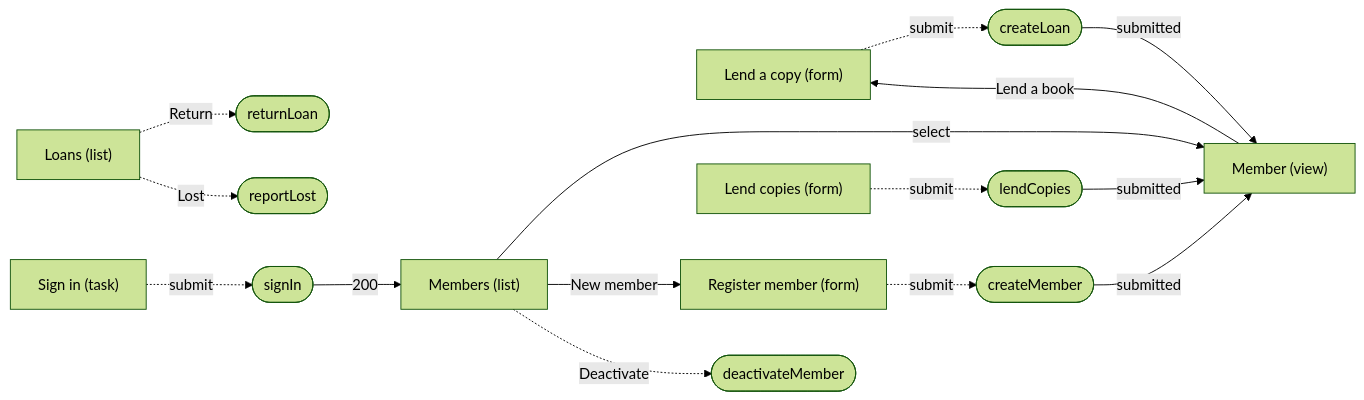
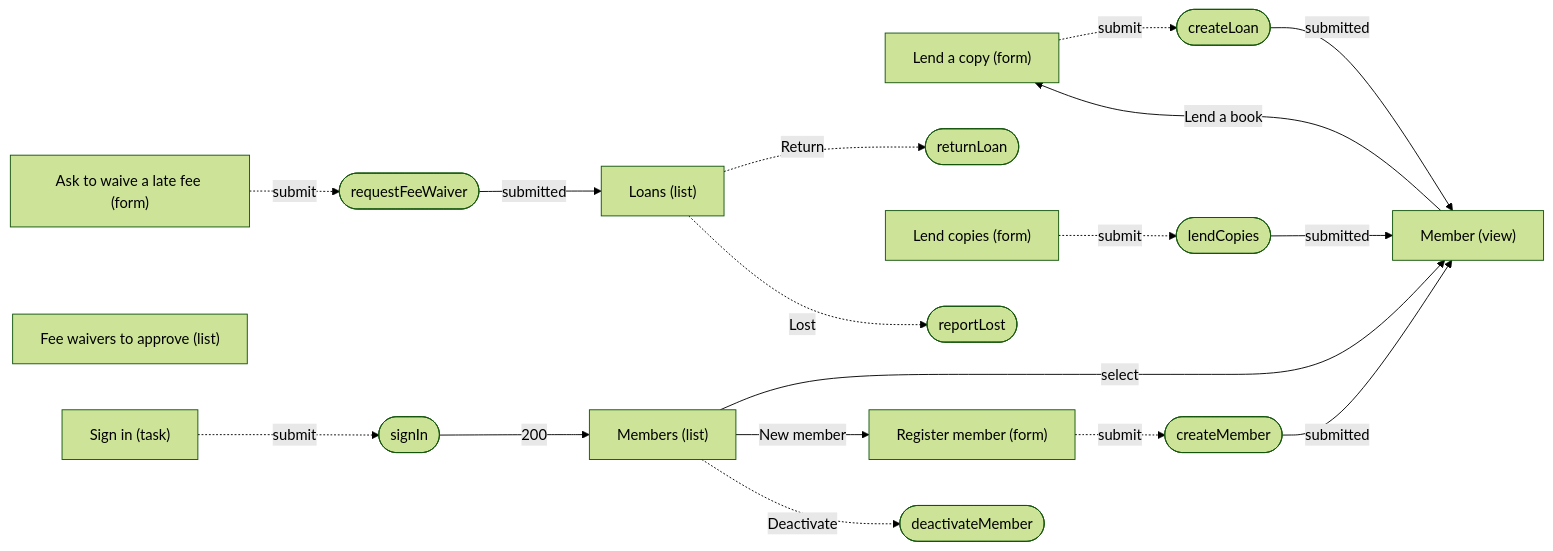
Before and after one commit to SpecArch/specarch: diagram 18 of 19 in examples/library-lending/docs/techspec.md, drawn with Mermaid (forest theme). The commit also changed other lines of this file and 46 other files, not shown here.

````diff
--- a/examples/library-lending/docs/techspec.md
+++ b/examples/library-lending/docs/techspec.md
@@ -782,31 +796,36 @@
 ```mermaid
 flowchart LR
+  fee_waiver_form["Ask to waive a late fee (form)"]
+  fee_waivers_inbox["Fee waivers to approve (list)"]
   loan_form["Lend a copy (form)"]
   loans_list["Loans (list)"]
   member_form["Register member (form)"]
   member_loans["Lend copies (form)"]
   member_view["Member (view)"]
   members_list["Members (list)"]
   sign_in["Sign in (task)"]
+  op_requestFeeWaiver(["requestFeeWaiver"])
+  fee_waiver_form -.->|"submit"| op_requestFeeWaiver
+  op_requestFeeWaiver -->|"submitted"| loans_list
   op_createLoan(["createLoan"])
   loan_form -.->|"submit"| op_createLoan
   op_createLoan -->|"submitted"| member_view
   op_returnLoan(["returnLoan"])
   loans_list -.->|"Return"| op_returnLoan
   op_reportLost(["reportLost"])
   loans_list -.->|"Lost"| op_reportLost
   op_createMember(["createMember"])
   member_form -.->|"submit"| op_createMember
   op_createMember -->|"submitted"| member_view
   op_lendCopies(["lendCopies"])
   member_loans -.->|"submit"| op_lendCopies
   op_lendCopies -->|"submitted"| member_view
   member_view -->|"Lend a book"| loan_form
   members_list -->|"select"| member_view
   members_list -->|"New member"| member_form
   op_deactivateMember(["deactivateMember"])
   members_list -.->|"Deactivate"| op_deactivateMember
   op_signIn(["signIn"])
   sign_in -.->|"submit"| op_signIn
   op_signIn -->|"200"| members_list
 ```
````
